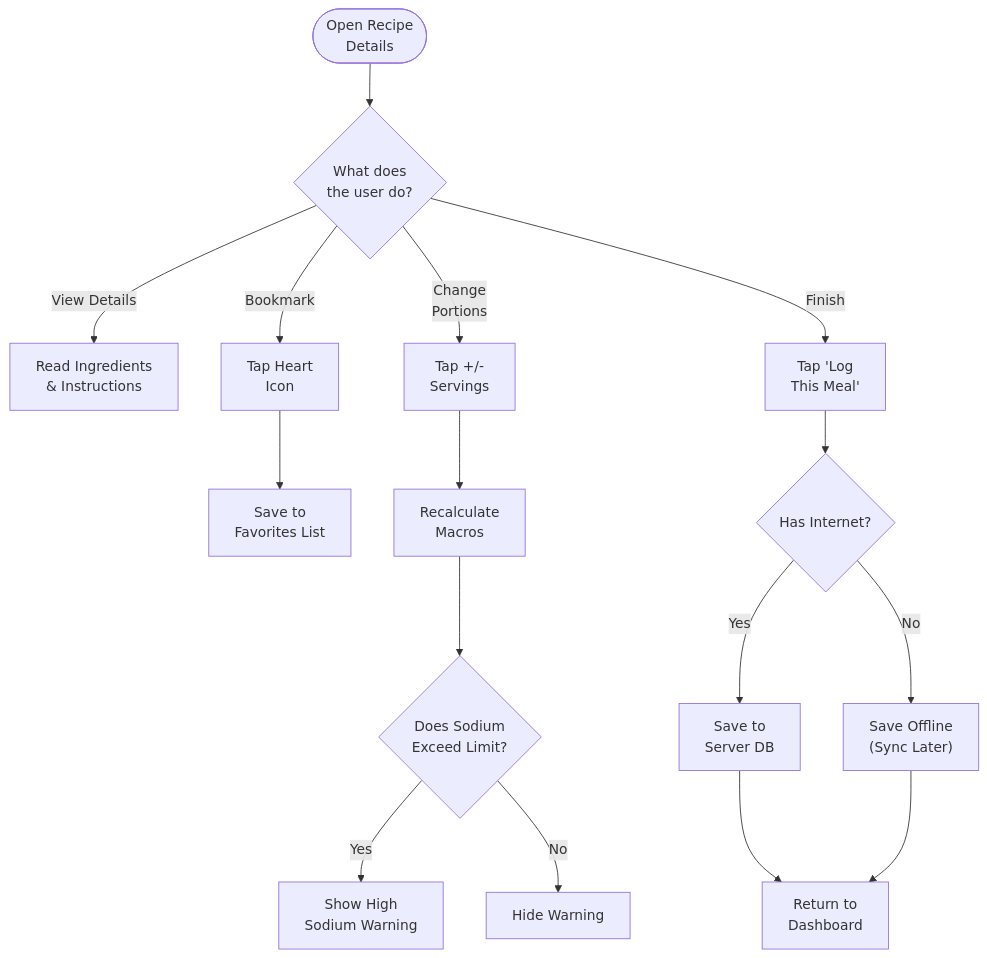
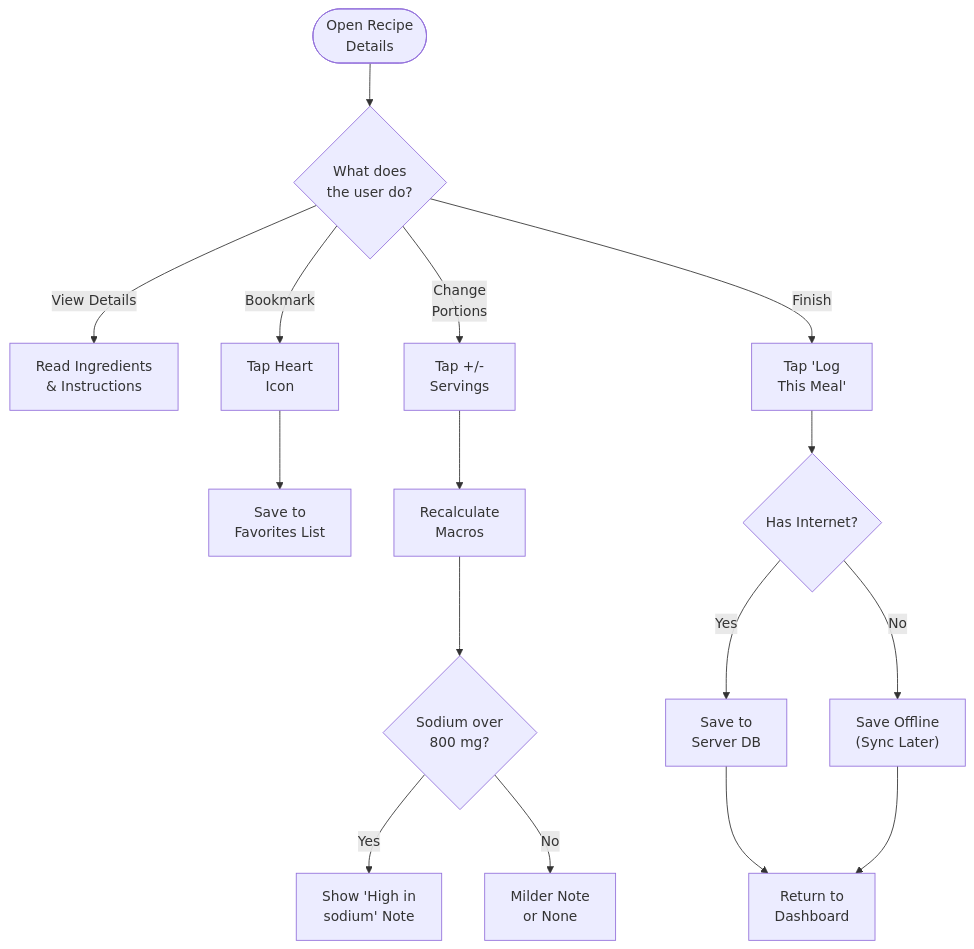
Before and after one commit to Quixotic-MJ/HEARTLINK_APP: diagram 12 of 18 in documentation/USER_FLOWS.md, drawn with Mermaid. The commit also changed other lines of this file and 31 other files, not shown here.

````diff
--- a/documentation/USER_FLOWS.md
+++ b/documentation/USER_FLOWS.md
@@ -370,25 +397,25 @@
 ```mermaid
 flowchart TD
     A(["Open Recipe<br/>Details"]) --> B{"What does<br/>the user do?"}
     
     B -- View Details --> C1["Read Ingredients<br/>& Instructions"]
     
     B -- Bookmark --> C2["Tap Heart<br/>Icon"]
     C2 --> D["Save to<br/>Favorites List"]
     
     B -- Change<br/>Portions --> C3["Tap +/-<br/>Servings"]
     C3 --> E["Recalculate<br/>Macros"]
     
-    E --> F{"Does Sodium<br/>Exceed Limit?"}
-    F -- Yes --> G["Show High<br/>Sodium Warning"]
-    F -- No --> H["Hide Warning"]
+    E --> F{"Sodium over<br/>800 mg?"}
+    F -- Yes --> G["Show 'High in<br/>sodium' Note"]
+    F -- No --> H["Milder Note<br/>or None"]
     
     B -- Finish --> I["Tap 'Log<br/>This Meal'"]
     I --> J{"Has Internet?"}
     
     J -- Yes --> K["Save to<br/>Server DB"]
     J -- No --> L["Save Offline<br/>(Sync Later)"]
     
     K --> M["Return to<br/>Dashboard"]
     L --> M
 ```
````
